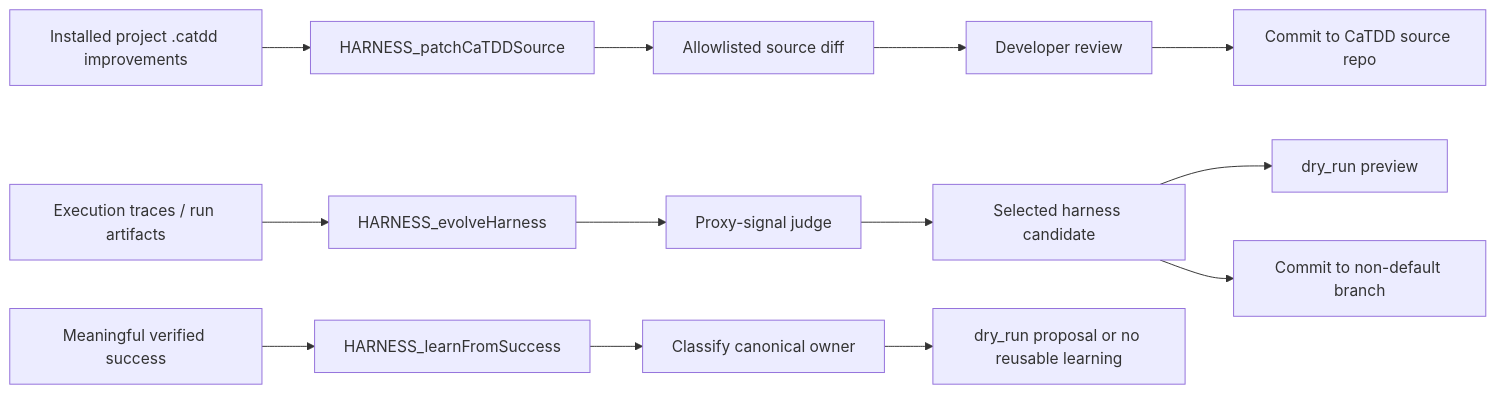
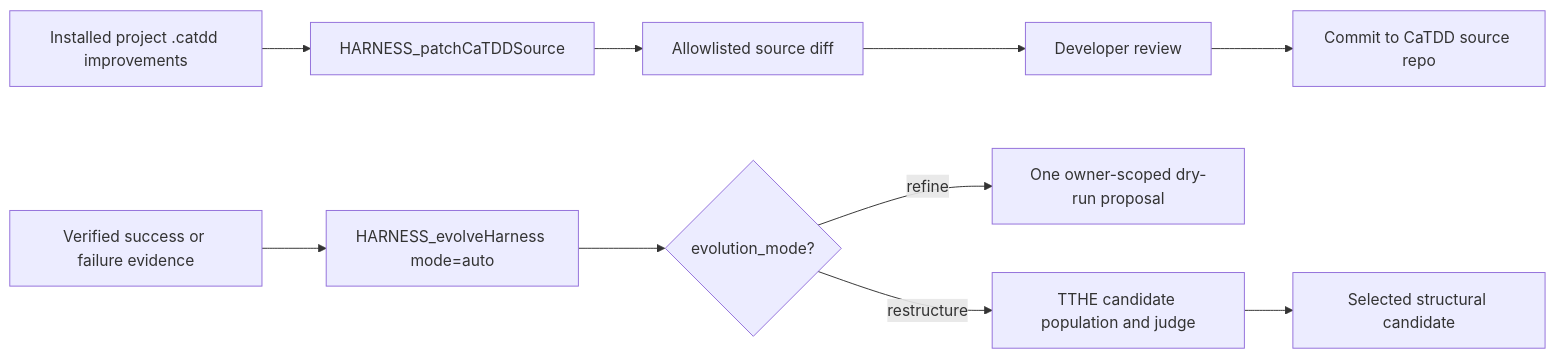
Before and after one commit to EnigmaWU/MyCaTDD: the diagram in slashCommands/kits/Px-HarnessKits.md, drawn with Mermaid. The commit also changed other lines of this file and 20 other files, not shown here.

First line of the commit message:
Refactor harness commands to unify learning and evolution processes

````diff
--- a/slashCommands/kits/Px-HarnessKits.md
+++ b/slashCommands/kits/Px-HarnessKits.md
@@ -48,17 +45,13 @@
 ```mermaid
 flowchart LR
     Installed["Installed project .catdd improvements"] --> Inspect["HARNESS_patchCaTDDSource"]
     Inspect --> Diff["Allowlisted source diff"]
     Diff --> Review["Developer review"]
     Review --> Commit["Commit to CaTDD source repo"]
 
-    Traces["Execution traces / run artifacts"] --> Propose["HARNESS_evolveHarness"]
-    Propose --> Judge["Proxy-signal judge"]
-    Judge --> Winner["Selected harness candidate"]
-    Winner --> Preview["dry_run preview"]
-    Winner --> EvolveCommit["Commit to non-default branch"]
-
-    Success["Meaningful verified success"] --> Learn["HARNESS_learnFromSuccess"]
-    Learn --> Route["Classify canonical owner"]
-    Route --> Proposal["dry_run proposal or no reusable learning"]
+    Evidence["Verified success or failure evidence"] --> Evolve["HARNESS_evolveHarness mode=auto"]
+    Evolve --> Mode{"evolution_mode?"}
+    Mode -->|refine| Proposal["One owner-scoped dry-run proposal"]
+    Mode -->|restructure| Judge["TTHE candidate population and judge"]
+    Judge --> Winner["Selected structural candidate"]
 ```
````
